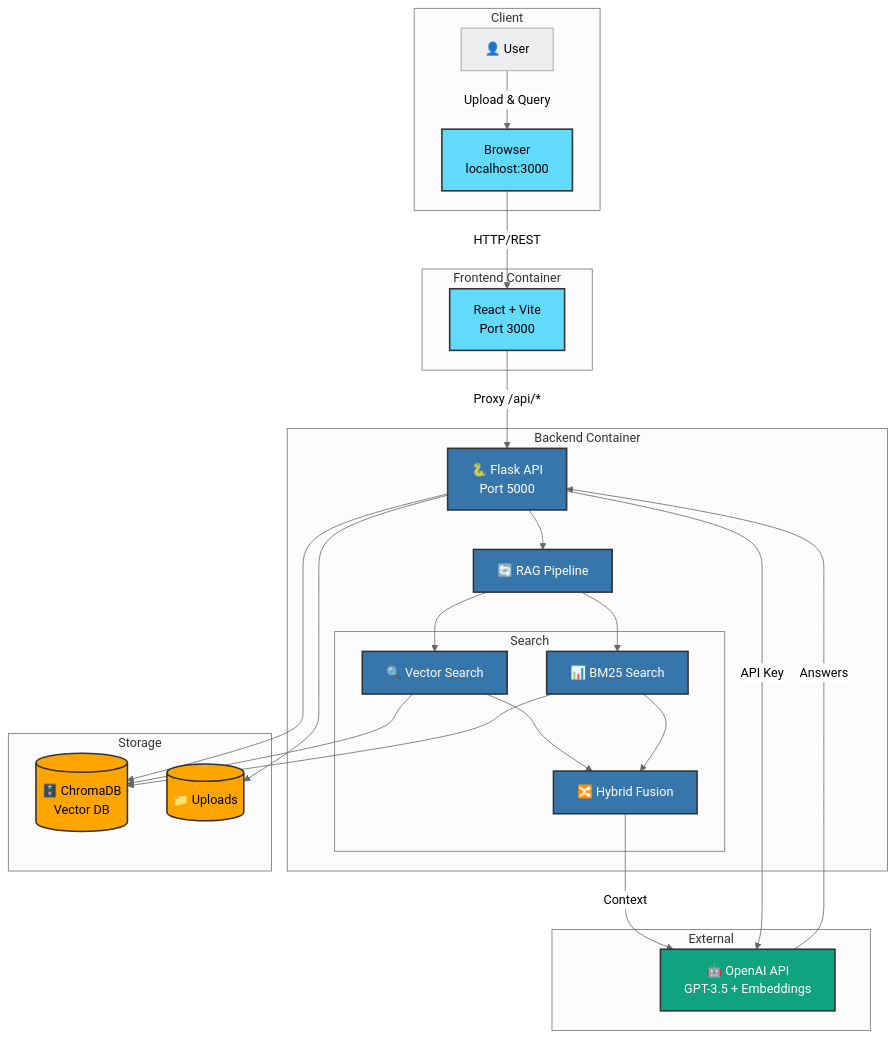
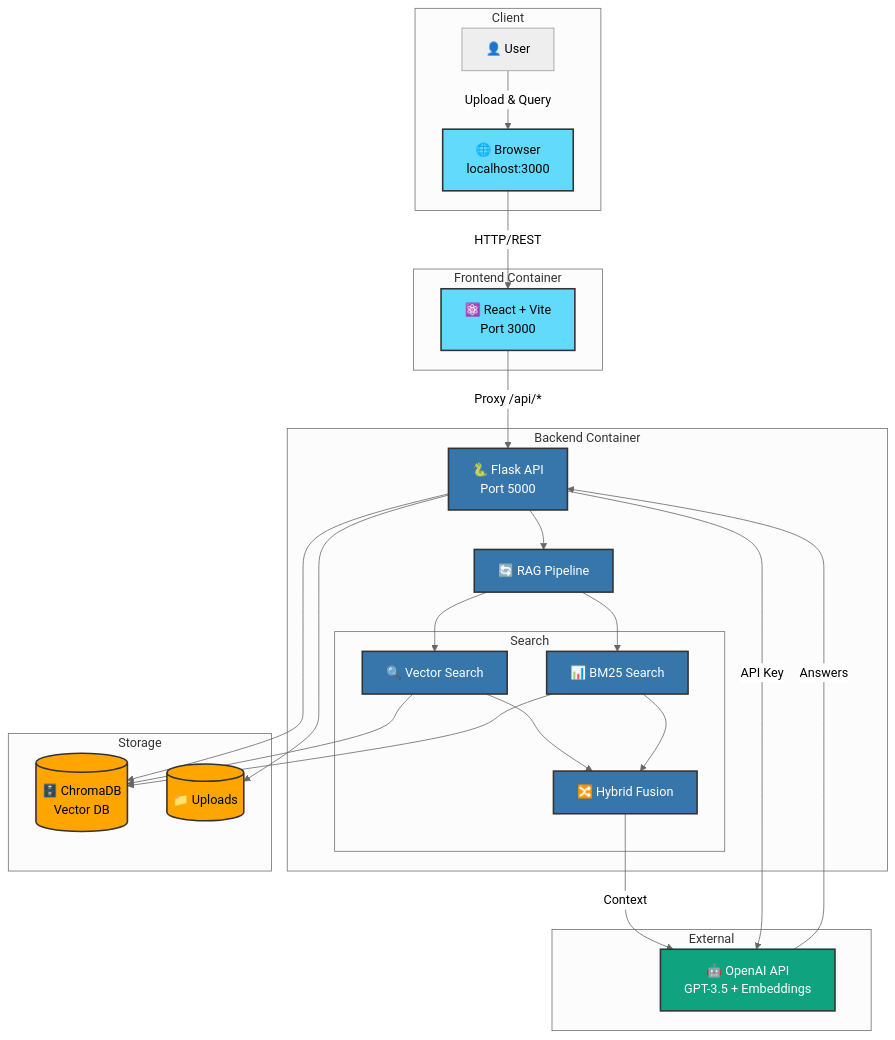
The diagram in README.md (cld2labs/ClinIQ), drawn with Mermaid (neutral theme) before and after one commit.

Commit message:
Update README.md with improved diagram icons and colors

````diff
--- a/README.md
+++ b/README.md
@@ -39,57 +39,52 @@
 ```mermaid
 graph TB
     subgraph "Client"
         User[👤 User]
-        Browser[ Browser<br/>localhost:3000]
+        Browser[🌐 Browser<br/>localhost:3000]
     end
-
     subgraph "Frontend Container"
-        React[ React + Vite<br/>Port 3000]
+        React[⚛️ React + Vite<br/>Port 3000]
     end
-
     subgraph "Backend Container"
         Flask[🐍 Flask API<br/>Port 5000]
         RAG[🔄 RAG Pipeline]
         
         subgraph "Search"
             Vector[🔍 Vector Search]
             BM25[📊 BM25 Search]
             Hybrid[🔀 Hybrid Fusion]
         end
     end
-
     subgraph "Storage"
         ChromaDB[(🗄️ ChromaDB<br/>Vector DB)]
         Files[(📁 Uploads)]
     end
-
     subgraph "External"
         OpenAI[🤖 OpenAI API<br/>GPT-3.5 + Embeddings]
     end
-
     User -->|Upload & Query| Browser
     Browser -->|HTTP/REST| React
     React -->|Proxy /api/*| Flask
     Flask --> RAG
     RAG --> Vector
     RAG --> BM25
     Vector --> Hybrid
     BM25 --> Hybrid
     Hybrid -->|Context| OpenAI
     Vector --> ChromaDB
     BM25 --> ChromaDB
     Flask --> ChromaDB
     Flask --> Files
     Flask -->|API Key| OpenAI
     OpenAI -->|Answers| Flask
-
-    classDef frontend fill:#61dafb,stroke:#333,stroke-width:2px
+    
+    classDef frontend fill:#61dafb,stroke:#333,stroke-width:2px,color:#000
     classDef backend fill:#3776ab,stroke:#333,stroke-width:2px,color:#fff
-    classDef data fill:#ffa500,stroke:#333,stroke-width:2px
+    classDef data fill:#ffa500,stroke:#333,stroke-width:2px,color:#000
     classDef external fill:#10a37f,stroke:#333,stroke-width:2px,color:#fff
     
     class Browser,React frontend
     class Flask,RAG,Vector,BM25,Hybrid backend
     class ChromaDB,Files data
     class OpenAI external
 ```
````
